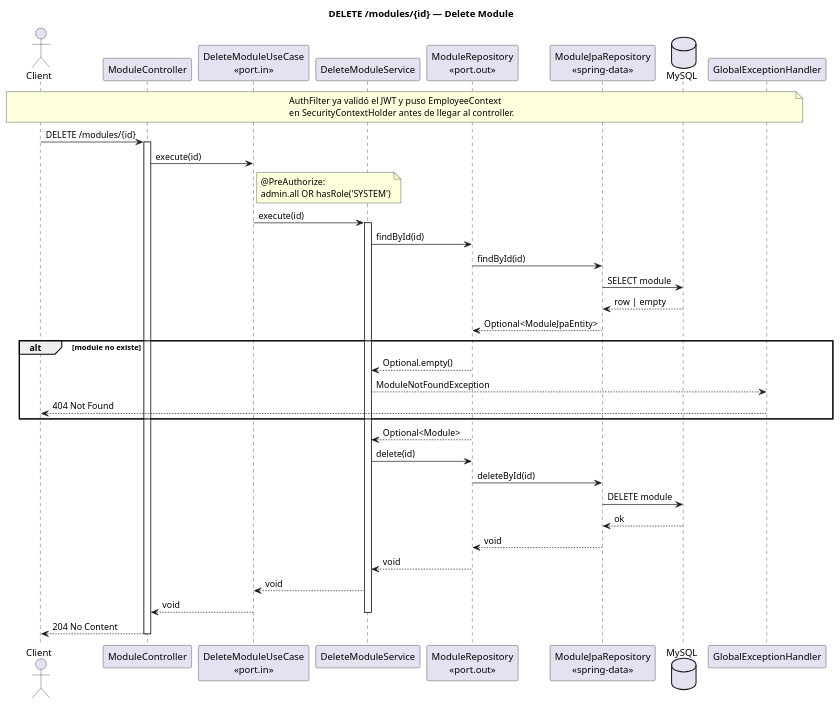
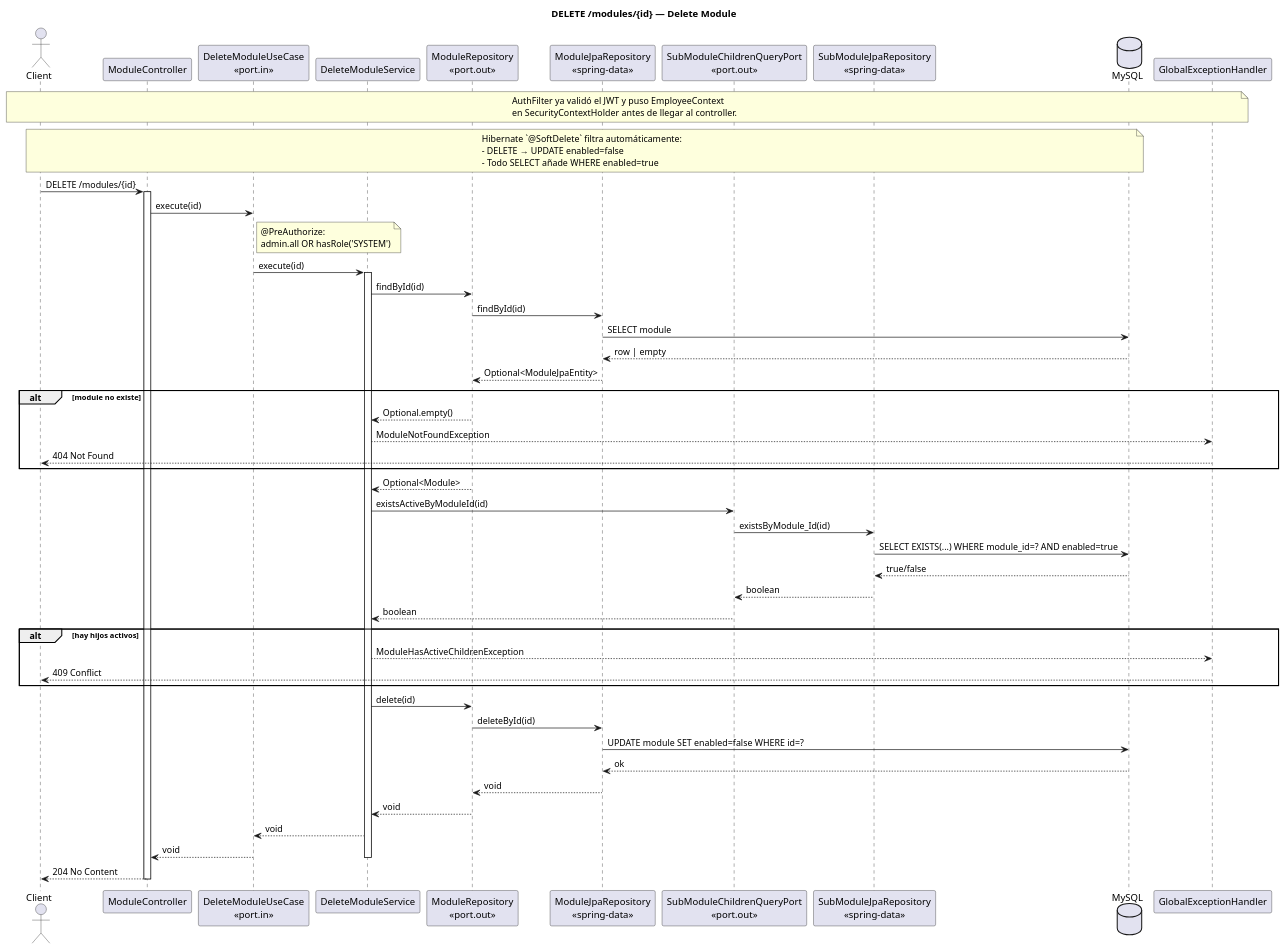
The diagram in uml/sequenceDiagram/module/delete.puml (kefaroTech/vetsoftware-backend), drawn with PlantUML before and after one commit. The commit also changed 236 other files, not shown here.

First line of the commit message:
:memo: docs(uml): +enabled y @SoftDelete/RESTRICT en .puml

```diff
--- a/uml/sequenceDiagram/module/delete.puml
+++ b/uml/sequenceDiagram/module/delete.puml
@@ -1,55 +1,74 @@
 @startuml module_delete
 title DELETE /modules/{id} — Delete Module
 
 actor Client
 participant "ModuleController" as Controller
 participant "DeleteModuleUseCase\n<<port.in>>" as UseCase
 participant "DeleteModuleService" as Service
 participant "ModuleRepository\n<<port.out>>" as Repo
 participant "ModuleJpaRepository\n<<spring-data>>" as JpaRepo
+participant "SubModuleChildrenQueryPort\n<<port.out>>" as ChildrenPort
+participant "SubModuleJpaRepository\n<<spring-data>>" as ChildJpaRepo
 database "MySQL" as DB
 participant "GlobalExceptionHandler" as GEH
 
 note over Client, GEH
   AuthFilter ya validó el JWT y puso EmployeeContext
   en SecurityContextHolder antes de llegar al controller.
+end note
+
+note over Client, DB
+  Hibernate `@SoftDelete` filtra automáticamente:
+  - DELETE → UPDATE enabled=false
+  - Todo SELECT añade WHERE enabled=true
 end note
 
 Client -> Controller : DELETE /modules/{id}
 activate Controller
 
 Controller -> UseCase : execute(id)
 note right of UseCase
   @PreAuthorize:
   admin.all OR hasRole('SYSTEM')
 end note
 UseCase -> Service : execute(id)
 activate Service
 
 Service -> Repo : findById(id)
 Repo -> JpaRepo : findById(id)
 JpaRepo -> DB : SELECT module
 DB --> JpaRepo : row | empty
 JpaRepo --> Repo : Optional<ModuleJpaEntity>
 alt module no existe
   Repo --> Service : Optional.empty()
   Service --> GEH : ModuleNotFoundException
   GEH --> Client : 404 Not Found
 end
 Repo --> Service : Optional<Module>
 
+Service -> ChildrenPort : existsActiveByModuleId(id)
+ChildrenPort -> ChildJpaRepo : existsByModule_Id(id)
+ChildJpaRepo -> DB : SELECT EXISTS(...) WHERE module_id=? AND enabled=true
+DB --> ChildJpaRepo : true/false
+ChildJpaRepo --> ChildrenPort : boolean
+ChildrenPort --> Service : boolean
+alt hay hijos activos
+  Service --> GEH : ModuleHasActiveChildrenException
+  GEH --> Client : 409 Conflict
+end
+
 Service -> Repo : delete(id)
 Repo -> JpaRepo : deleteById(id)
-JpaRepo -> DB : DELETE module
+JpaRepo -> DB : UPDATE module SET enabled=false WHERE id=?
 DB --> JpaRepo : ok
 JpaRepo --> Repo : void
 Repo --> Service : void
 
 Service --> UseCase : void
 UseCase --> Controller : void
 deactivate Service
 
 Controller --> Client : 204 No Content
 deactivate Controller
 
 @enduml
```
